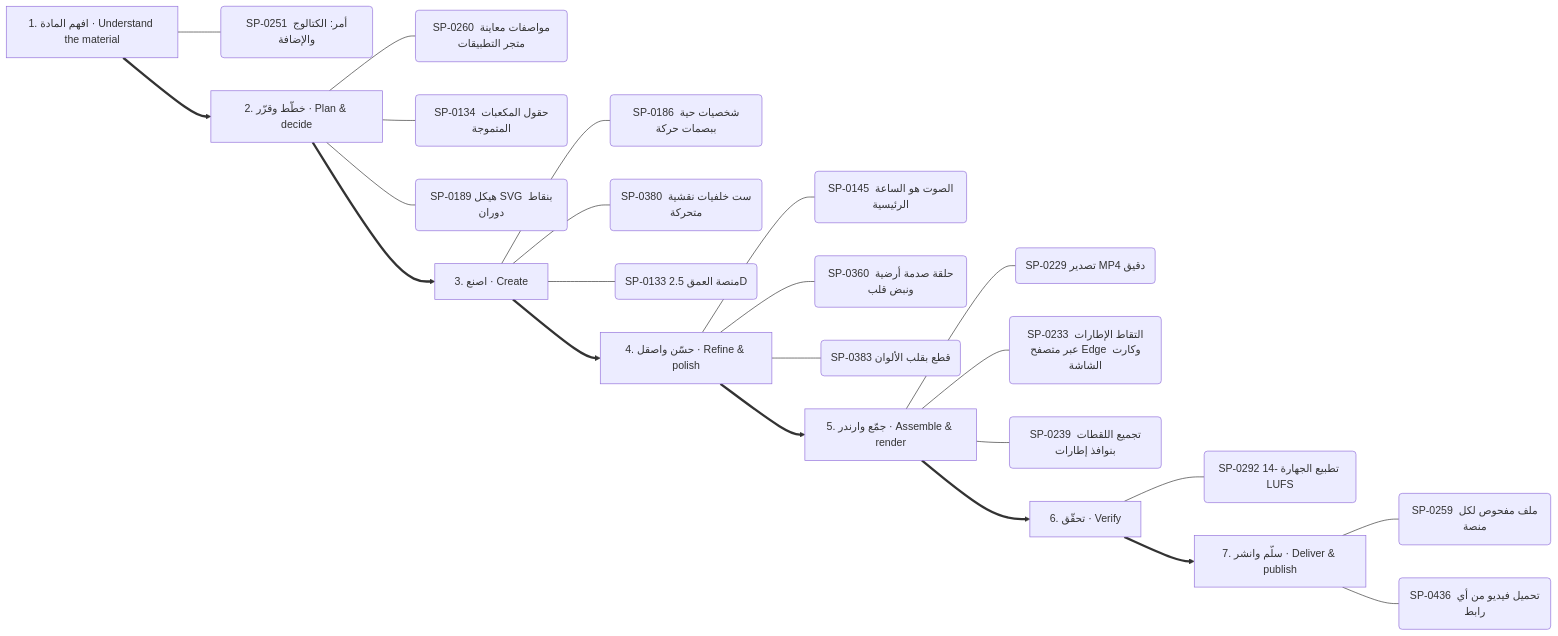
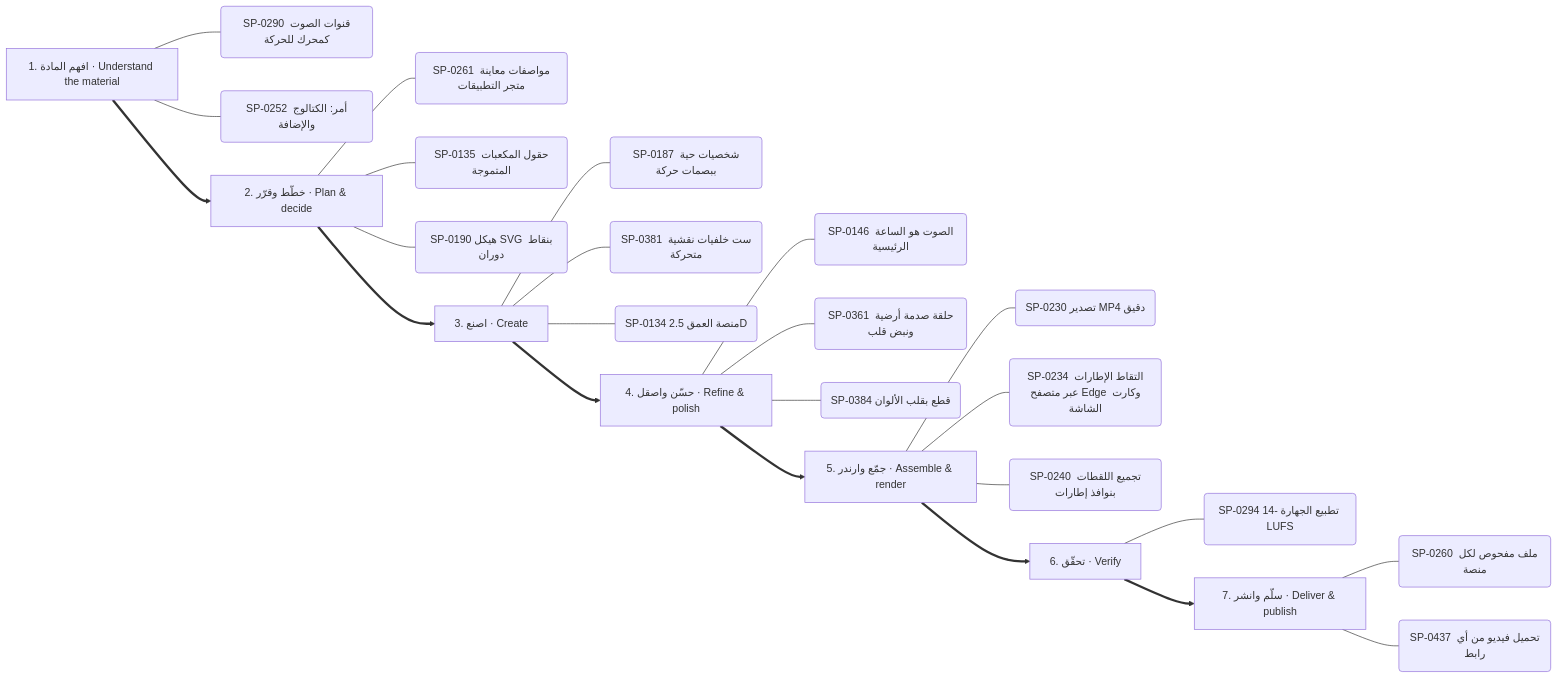
Before and after one commit to kosif199022-jpg/kosif-tool: the fourth of 13 diagrams in .claude/skills/kosif-superpowers/references/capability-mindmap.md, drawn with Mermaid. The commit also changed other lines of this file and 36 other files, not shown here.

````diff
--- a/.claude/skills/kosif-superpowers/references/capability-mindmap.md
+++ b/.claude/skills/kosif-superpowers/references/capability-mindmap.md
@@ -224,32 +225,33 @@
 ```mermaid
 flowchart LR
   S0["1. افهم المادة · Understand the material"]
-  S0 --- S0_0("SP-0251 أمر: الكتالوج والإضافة")
+  S0 --- S0_0("SP-0290 قنوات الصوت كمحرك للحركة")
+  S0 --- S0_1("SP-0252 أمر: الكتالوج والإضافة")
   S1["2. خطّط وقرّر · Plan & decide"]
-  S1 --- S1_0("SP-0260 مواصفات معاينة متجر التطبيقات")
-  S1 --- S1_1("SP-0134 حقول المكعبات المتموجة")
-  S1 --- S1_2("SP-0189 هيكل SVG بنقاط دوران")
+  S1 --- S1_0("SP-0261 مواصفات معاينة متجر التطبيقات")
+  S1 --- S1_1("SP-0135 حقول المكعبات المتموجة")
+  S1 --- S1_2("SP-0190 هيكل SVG بنقاط دوران")
   S0 ==> S1
   S2["3. اصنع · Create"]
-  S2 --- S2_0("SP-0186 شخصيات حية ببصمات حركة")
-  S2 --- S2_1("SP-0380 ست خلفيات نقشية متحركة")
-  S2 --- S2_2("SP-0133 منصة العمق 2.5D")
+  S2 --- S2_0("SP-0187 شخصيات حية ببصمات حركة")
+  S2 --- S2_1("SP-0381 ست خلفيات نقشية متحركة")
+  S2 --- S2_2("SP-0134 منصة العمق 2.5D")
   S1 ==> S2
   S3["4. حسّن واصقل · Refine & polish"]
-  S3 --- S3_0("SP-0145 الصوت هو الساعة الرئيسية")
-  S3 --- S3_1("SP-0360 حلقة صدمة أرضية ونبض قلب")
-  S3 --- S3_2("SP-0383 قطع بقلب الألوان")
+  S3 --- S3_0("SP-0146 الصوت هو الساعة الرئيسية")
+  S3 --- S3_1("SP-0361 حلقة صدمة أرضية ونبض قلب")
+  S3 --- S3_2("SP-0384 قطع بقلب الألوان")
   S2 ==> S3
   S4["5. جمّع وارندر · Assemble & render"]
-  S4 --- S4_0("SP-0229 تصدير MP4 دقيق")
-  S4 --- S4_1("SP-0233 التقاط الإطارات عبر متصفح Edge وكارت الشاشة")
-  S4 --- S4_2("SP-0239 تجميع اللقطات بنوافذ إطارات")
+  S4 --- S4_0("SP-0230 تصدير MP4 دقيق")
+  S4 --- S4_1("SP-0234 التقاط الإطارات عبر متصفح Edge وكارت الشاشة")
+  S4 --- S4_2("SP-0240 تجميع اللقطات بنوافذ إطارات")
   S3 ==> S4
   S5["6. تحقّق · Verify"]
-  S5 --- S5_0("SP-0292 تطبيع الجهارة -14 LUFS")
+  S5 --- S5_0("SP-0294 تطبيع الجهارة -14 LUFS")
   S4 ==> S5
   S6["7. سلّم وانشر · Deliver & publish"]
-  S6 --- S6_0("SP-0259 ملف مفحوص لكل منصة")
-  S6 --- S6_1("SP-0436 تحميل فيديو من أي رابط")
+  S6 --- S6_0("SP-0260 ملف مفحوص لكل منصة")
+  S6 --- S6_1("SP-0437 تحميل فيديو من أي رابط")
   S5 ==> S6
 ```
````
